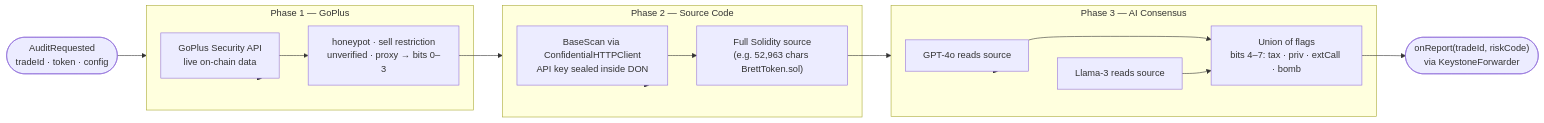
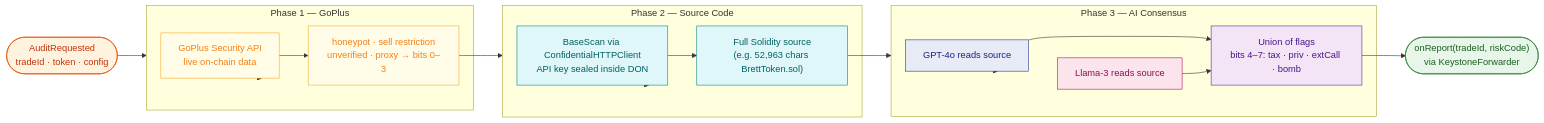
Before and after one commit to vjb/aegis-v4: the third of 12 diagrams in docs/ARCHITECTURE.md, drawn with Mermaid. The commit also changed other lines of this file and 5 other files, not shown here.

Commit message:
docs: full review pass — colored mermaid diagrams, fix test counts, add sample output links

````diff
--- a/docs/ARCHITECTURE.md
+++ b/docs/ARCHITECTURE.md
@@ -64,27 +83,37 @@
 ```mermaid
 flowchart LR
     EVENT(["AuditRequested\ntradeId · token · config"])
 
     subgraph Phase1["Phase 1 — GoPlus"]
         GP1["GoPlus Security API\nlive on-chain data"]
         GP2["honeypot · sell restriction\nunverified · proxy → bits 0–3"]
     end
 
     subgraph Phase2["Phase 2 — Source Code"]
         BS1["BaseScan via ConfidentialHTTPClient\nAPI key sealed inside DON"]
         BS2["Full Solidity source\n(e.g. 52,963 chars BrettToken.sol)"]
     end
 
     subgraph Phase3["Phase 3 — AI Consensus"]
         AI1["GPT-4o reads source"]
         AI2["Llama-3 reads source"]
         AI3["Union of flags\nbits 4–7: tax · priv · extCall · bomb"]
     end
 
     REPORT(["onReport(tradeId, riskCode)\nvia KeystoneForwarder"])
 
     EVENT --> Phase1 --> GP1 --> GP2
     GP2 --> Phase2 --> BS1 --> BS2
     BS2 --> Phase3
     Phase3 --> AI1 & AI2 --> AI3 --> REPORT
+
+    style EVENT fill:#fff3e0,stroke:#e65100,color:#bf360c
+    style GP1 fill:#fffde7,stroke:#f9a825,color:#f57f17
+    style GP2 fill:#fffde7,stroke:#f9a825,color:#f57f17
+    style BS1 fill:#e0f7fa,stroke:#00838f,color:#006064
+    style BS2 fill:#e0f7fa,stroke:#00838f,color:#006064
+    style AI1 fill:#e8eaf6,stroke:#283593,color:#1a237e
+    style AI2 fill:#fce4ec,stroke:#ad1457,color:#880e4f
+    style AI3 fill:#f3e5f5,stroke:#6a1b9a,color:#4a148c
+    style REPORT fill:#e8f5e9,stroke:#2e7d32,color:#1b5e20
 ```
````
